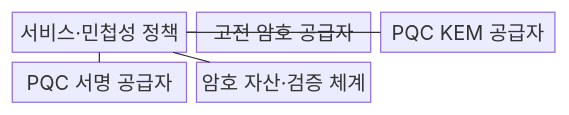
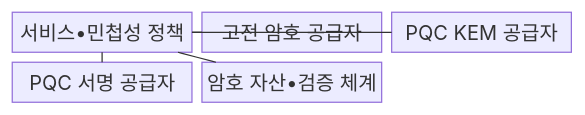
One commit to agnusdei1207/knowledge-base changed the first of 2 diagrams in src/content/docs/notes/05-security/012_post_quantum_cryptography.md. Above: the diagram before and after it, drawn with Mermaid. The commit also changed other lines of this file and 953 other files, not shown here.

````diff
--- a/src/content/docs/notes/05-security/012_post_quantum_cryptography.md
+++ b/src/content/docs/notes/05-security/012_post_quantum_cryptography.md
@@ -67,13 +67,13 @@
 ```mermaid
 block-beta
     columns 3
-    S["서비스·민첩성 정책"]
+    S["서비스•민첩성 정책"]
     C["고전 암호 공급자"]
     K["PQC KEM 공급자"]
     D["PQC 서명 공급자"]
-    I["암호 자산·검증 체계"]
+    I["암호 자산•검증 체계"]
     S --- C
     S --- K
     S --- D
     S --- I
 ```
````
